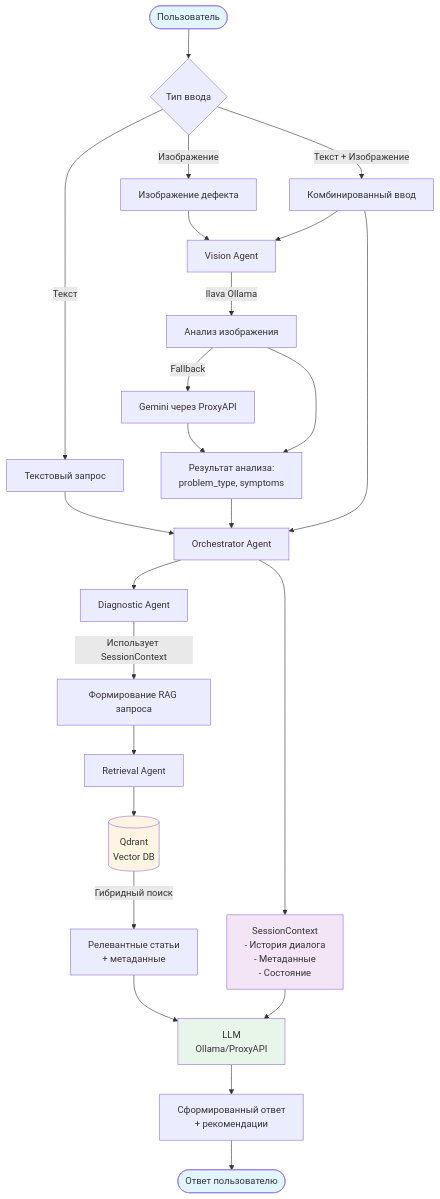
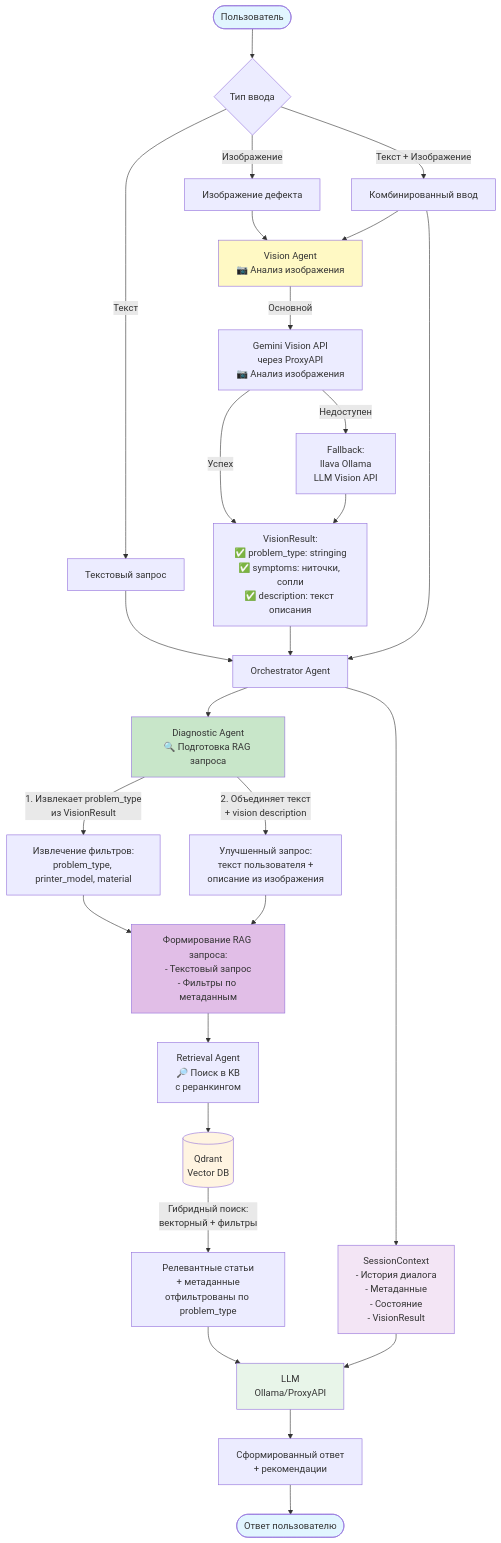
One commit to kobyzev-yuri/3dtoday changed the first of 3 diagrams in docs/ARCHITECTURE.md. Above: the diagram before and after it, drawn with Mermaid. The commit also changed other lines of this file and 11 other files, not shown here.

````diff
--- a/docs/ARCHITECTURE.md
+++ b/docs/ARCHITECTURE.md
@@ -11,43 +15,51 @@
 ```mermaid
 flowchart TD
     Start([Пользователь]) --> Input{Тип ввода}
     
     Input -->|Текст| TextInput[Текстовый запрос]
     Input -->|Изображение| ImageInput[Изображение дефекта]
     Input -->|Текст + Изображение| BothInput[Комбинированный ввод]
     
     TextInput --> Orchestrator[Orchestrator Agent]
-    ImageInput --> VisionAgent[Vision Agent]
+    ImageInput --> VisionAgent[Vision Agent<br/>📷 Анализ изображения]
     BothInput --> VisionAgent
     
-    VisionAgent -->|llava Ollama| VisionAnalysis[Анализ изображения]
-    VisionAnalysis -->|Fallback| GeminiAPI[Gemini через ProxyAPI]
-    GeminiAPI --> VisionResult[Результат анализа:<br/>problem_type, symptoms]
+    VisionAgent -->|Основной| GeminiAPI[Gemini Vision API<br/>через ProxyAPI<br/>📷 Анализ изображения]
+    GeminiAPI -->|Успех| VisionResult[VisionResult:<br/>✅ problem_type: stringing<br/>✅ symptoms: ниточки, сопли<br/>✅ description: текст описания]
+    GeminiAPI -->|Недоступен| VisionAnalysis[Fallback:<br/>llava Ollama<br/>LLM Vision API]
     VisionAnalysis --> VisionResult
     
     VisionResult --> Orchestrator
     BothInput --> Orchestrator
     
-    Orchestrator --> SessionContext[SessionContext<br/>- История диалога<br/>- Метаданные<br/>- Состояние]
+    Orchestrator --> SessionContext[SessionContext<br/>- История диалога<br/>- Метаданные<br/>- Состояние<br/>- VisionResult]
     
-    Orchestrator --> DiagnosticAgent[Diagnostic Agent]
-    DiagnosticAgent -->|Использует SessionContext| RAGQuery[Формирование RAG запроса]
+    Orchestrator --> DiagnosticAgent[Diagnostic Agent<br/>🔍 Подготовка RAG запроса]
     
-    RAGQuery --> RetrievalAgent[Retrieval Agent]
+    DiagnosticAgent -->|1. Извлекает problem_type<br/>из VisionResult| ExtractFilters[Извлечение фильтров:<br/>problem_type, printer_model, material]
+    DiagnosticAgent -->|2. Объединяет текст<br/>+ vision description| EnhancedQuery[Улучшенный запрос:<br/>текст пользователя +<br/>описание из изображения]
+    
+    ExtractFilters --> RAGQuery[Формирование RAG запроса:<br/>- Текстовый запрос<br/>- Фильтры по метаданным]
+    EnhancedQuery --> RAGQuery
+    
+    RAGQuery --> RetrievalAgent[Retrieval Agent<br/>🔎 Поиск в KB<br/>с реранкингом]
     RetrievalAgent --> VectorDB[(Qdrant<br/>Vector DB)]
     
-    VectorDB -->|Гибридный поиск| SearchResults[Релевантные статьи<br/>+ метаданные]
+    VectorDB -->|Гибридный поиск:<br/>векторный + фильтры| SearchResults[Релевантные статьи<br/>+ метаданные<br/>отфильтрованы по problem_type]
     
     SearchResults --> LLM[LLM<br/>Ollama/ProxyAPI]
     SessionContext --> LLM
     
     LLM --> Answer[Сформированный ответ<br/>+ рекомендации]
     
     Answer --> UserResponse([Ответ пользователю])
     
     style Start fill:#e1f5ff
     style UserResponse fill:#e1f5ff
     style VectorDB fill:#fff4e1
     style LLM fill:#e8f5e9
     style SessionContext fill:#f3e5f5
+    style VisionAgent fill:#fff9c4
+    style DiagnosticAgent fill:#c8e6c9
+    style RAGQuery fill:#e1bee7
 ```
````
